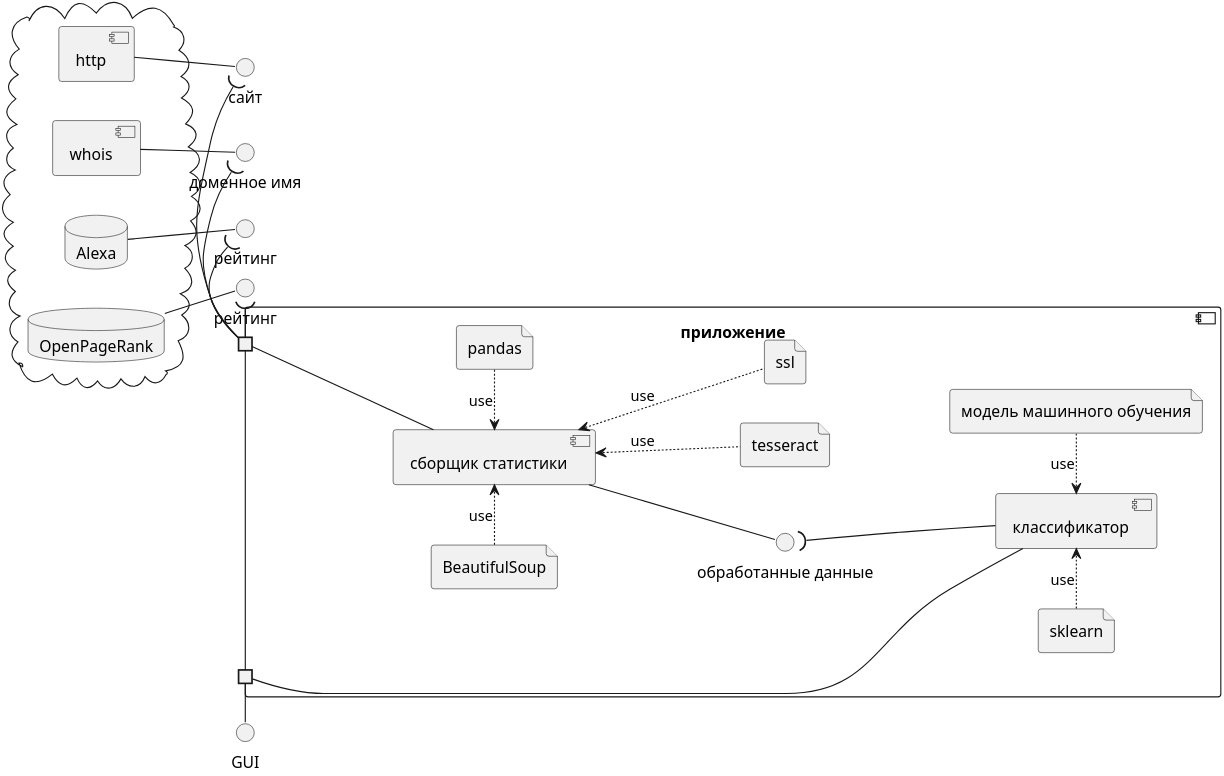
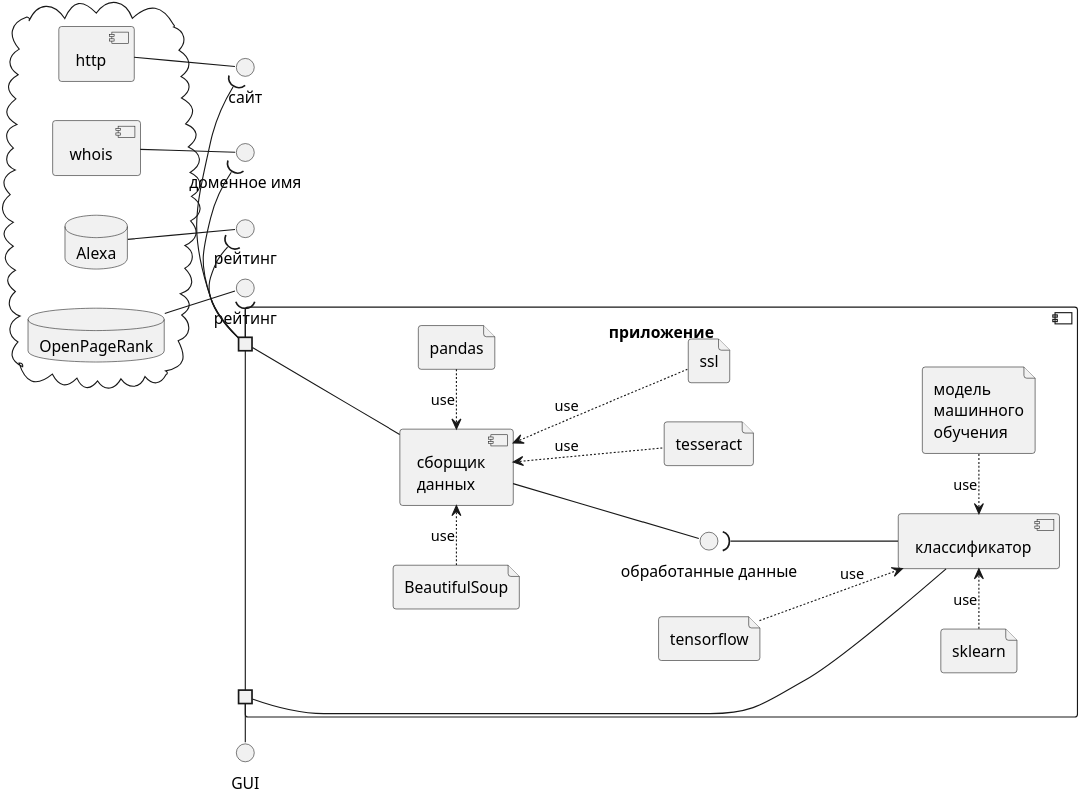
One commit to KostyaRyabov/phishDetect changed the diagram in data/diagrams/с.puml. Above: the diagram before and after it, drawn with PlantUML. The commit also changed 13 other files, not shown here.

```diff
--- a/data/diagrams/с.puml
+++ b/data/diagrams/с.puml
@@ -1,62 +1,64 @@
 @startuml
 
 left to right direction
 scale 4
 
 () GUI
 
 component "приложение"{
     port " " as output
     port "  " as input
 
     file tesseract
     file BeautifulSoup
     file pandas
     file sklearn
+    file tensorflow
     file ssl
-    file "модель машинного обучения" as ml
+    file "модель\nмашинного\nобучения" as ml
 
     () "обработанные данные" as data
 
-    BeautifulSoup .> [сборщик статистики] : use
-    ssl .u.> [сборщик статистики] : use
-    pandas .l.> [сборщик статистики] : use
-    tesseract .u.> [сборщик статистики] : use
-    [сборщик статистики] -d-- input
+    BeautifulSoup .> [сборщик\nданных] : use
+    ssl .u.> [сборщик\nданных] : use
+    pandas .l.> [сборщик\nданных] : use
+    tesseract .u.> [сборщик\nданных] : use
+    [сборщик\nданных] -d-- input
 
-    [сборщик статистики] -d- data
+    [сборщик\nданных] -d- data
     [классификатор] -u-( data
 
     ml .l.> [классификатор] : use
     sklearn .> [классификатор] : use
+    tensorflow ..> [классификатор] : use
     [классификатор] -u- output
 }
 
 output -l- GUI
 
 cloud {
     [http]
     [whois]
     database Alexa
     database OpenPageRank
 }
 
 () сайт
 [http] -- сайт
 input -( сайт
 
 () рейтинг as r1
 () рейтинг as r2
 
 Alexa -- r1
 input -( r1
 
 OpenPageRank -- r2
 input -( r2
 
 () "доменное имя" as domain
 whois -d- domain
 input -r( domain
 
 
 @enduml
```
